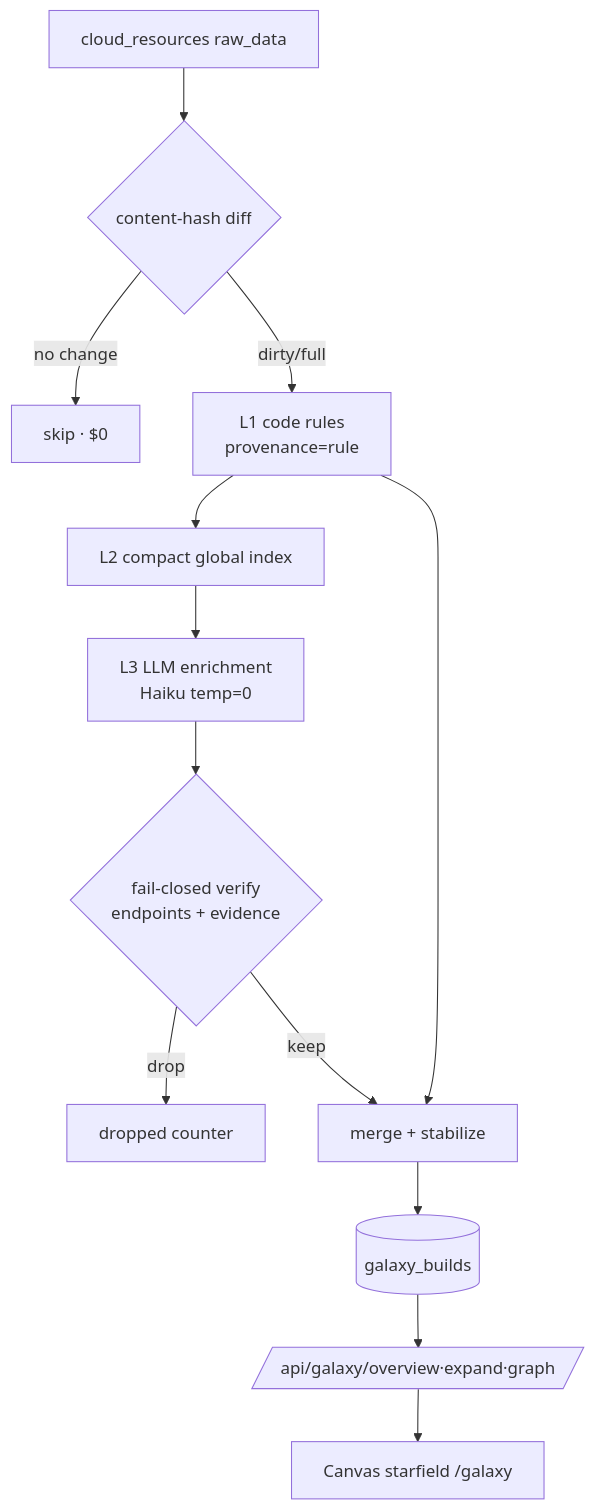
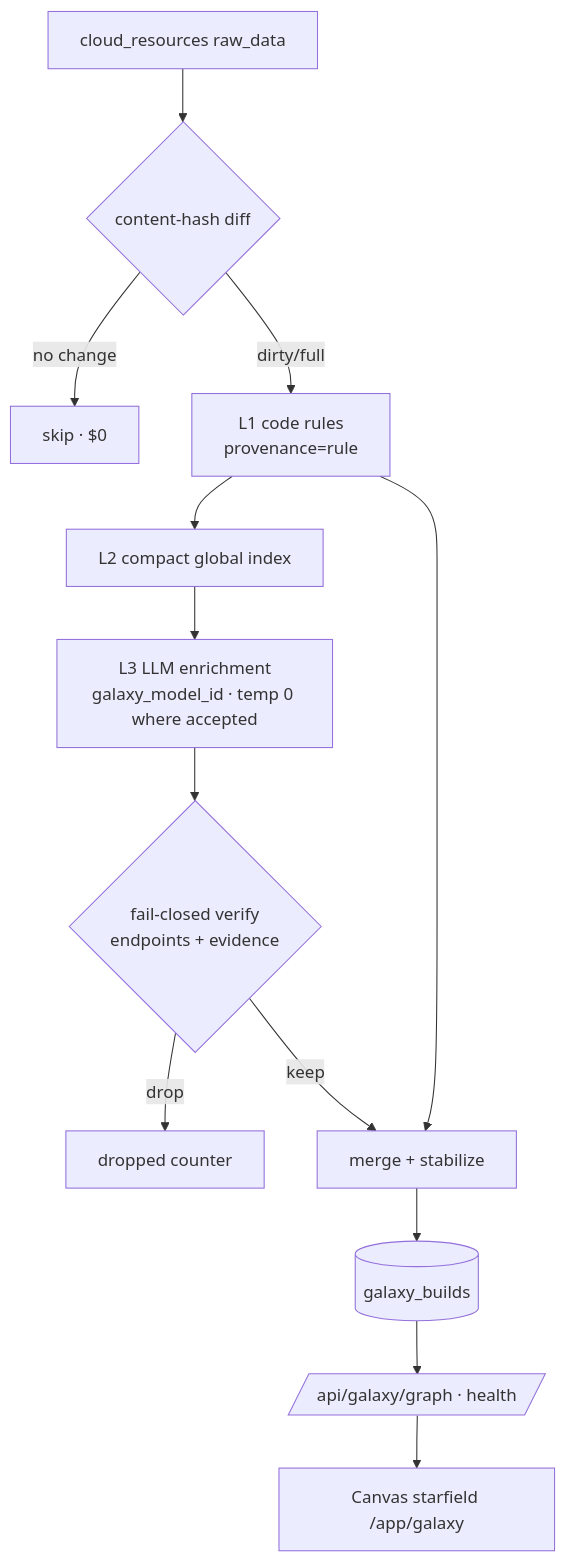
Before and after one commit to LiboMa/agenticops-chat: diagram 20 of 23 in docs/WORKFLOW.md, drawn with Mermaid. The commit also changed other lines of this file, not shown here.

````diff
--- a/docs/WORKFLOW.md
+++ b/docs/WORKFLOW.md
@@ -1507,15 +1374,15 @@
 ```mermaid
 flowchart TD
   R[cloud_resources raw_data] --> D{content-hash diff}
   D -- no change --> Skip[skip · $0]
   D -- dirty/full --> L1[L1 code rules<br/>provenance=rule]
   L1 --> L2[L2 compact global index]
-  L2 --> L3[L3 LLM enrichment<br/>Haiku temp=0]
+  L2 --> L3[L3 LLM enrichment<br/>galaxy_model_id · temp 0 where accepted]
   L3 --> V{fail-closed verify<br/>endpoints + evidence}
   V -- drop --> Cnt[dropped counter]
   V -- keep --> M[merge + stabilize]
   L1 --> M
   M --> B[(galaxy_builds)]
-  B --> API[/api/galaxy/overview·expand·graph/]
-  API --> UI[Canvas starfield /galaxy]
+  B --> API[/api/galaxy/graph · health/]
+  API --> UI[Canvas starfield /app/galaxy]
 ```
````
